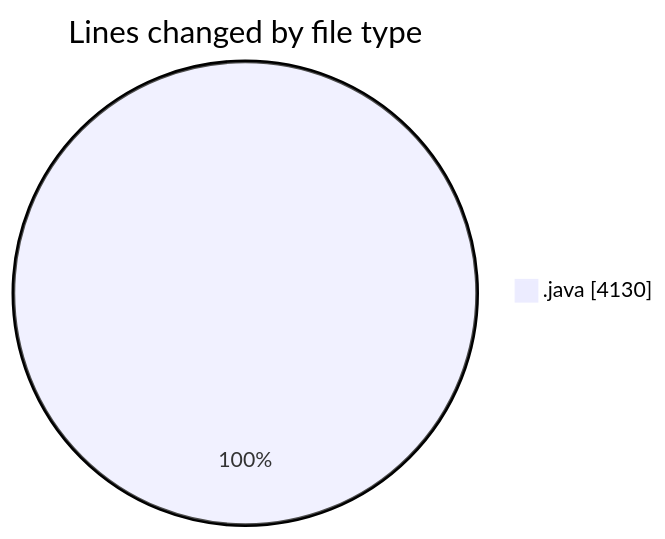
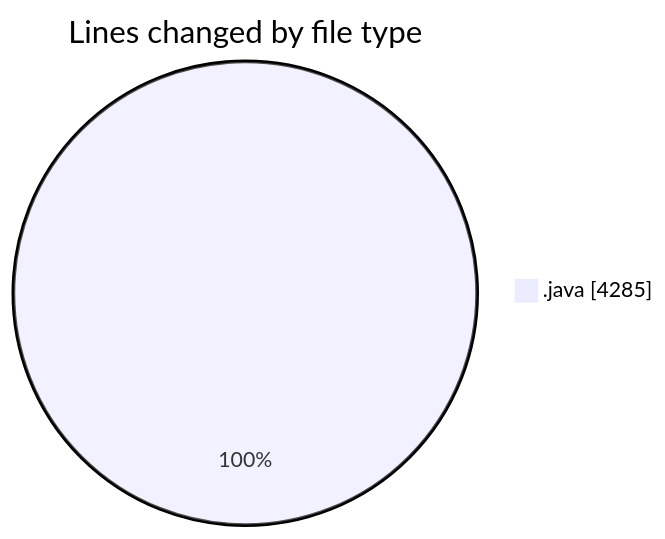
One commit to ricardozamudiocil/code-tracking changed the first of 2 diagrams in 2026-05-20/cilapp/README.md. Above: the diagram before and after it, drawn with Mermaid. The commit also changed other lines of this file and 1 other file, not shown here.

````diff
--- a/2026-05-20/cilapp/README.md
+++ b/2026-05-20/cilapp/README.md
@@ -22,5 +24,5 @@
 ```mermaid
 pie showData
 title Lines changed by file type
-".java" : 4130
+".java" : 4285
 ```
````
